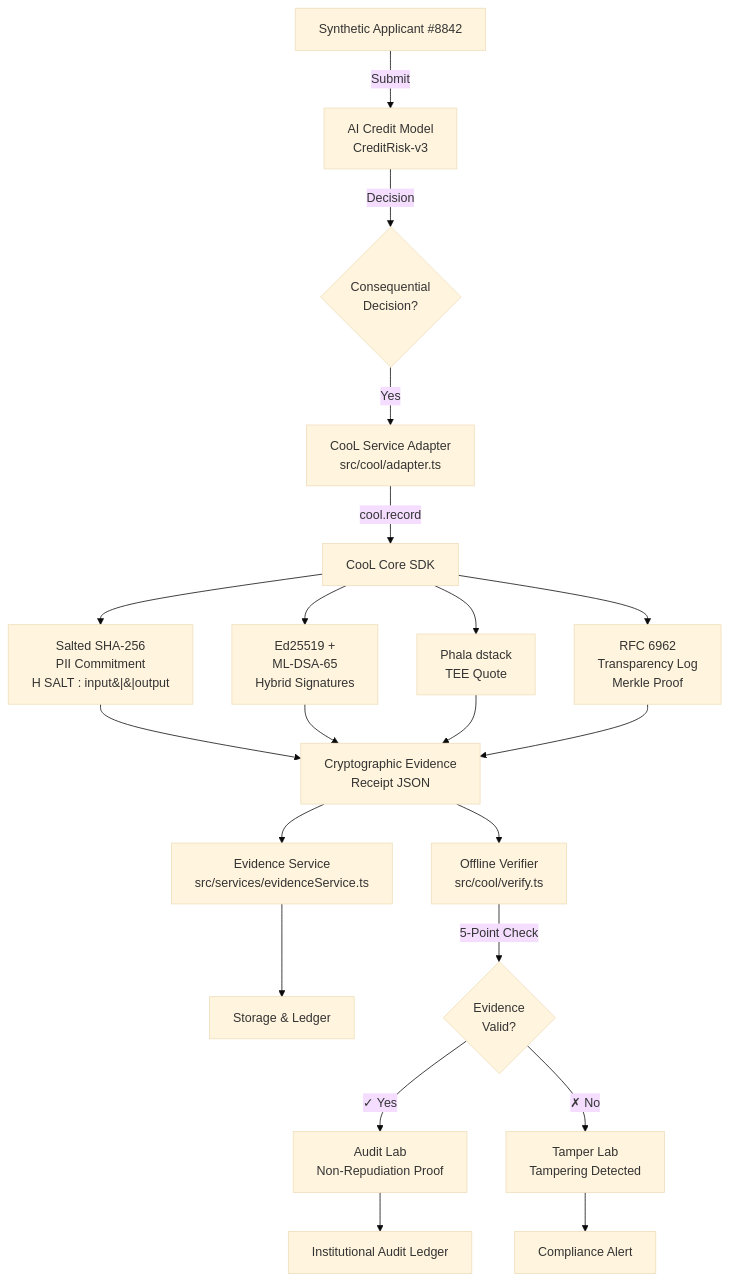
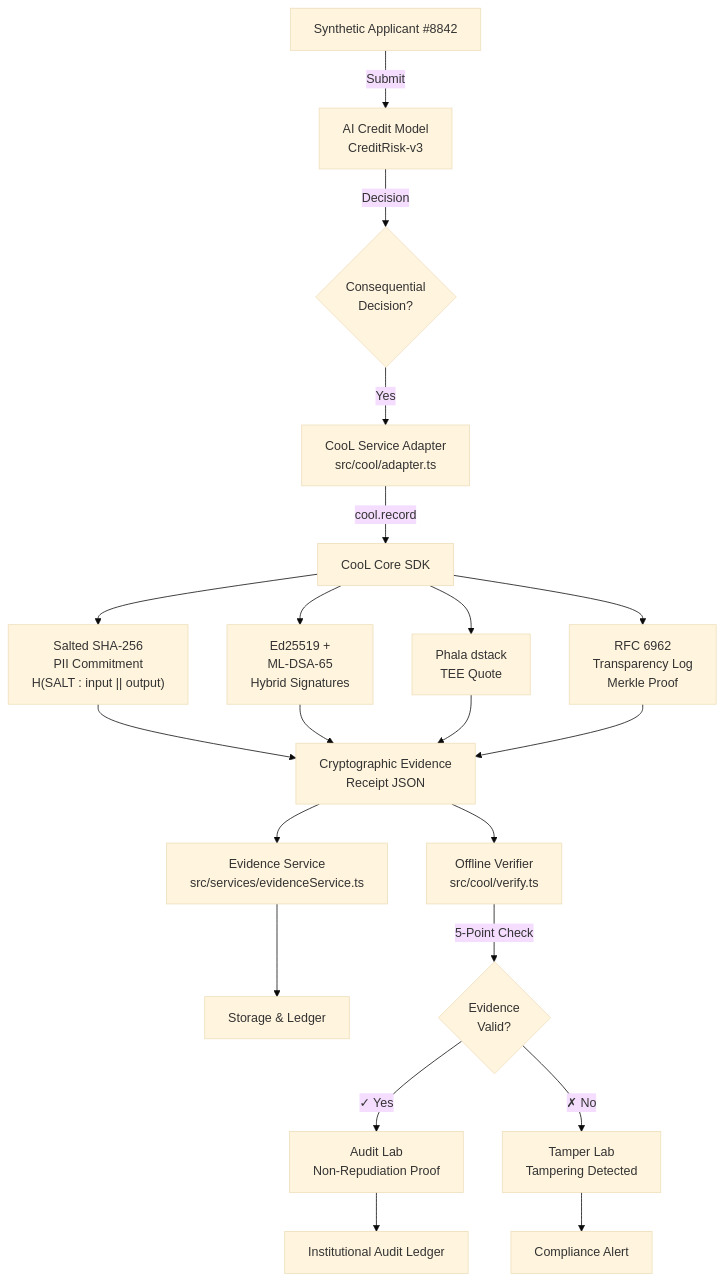
One commit to aadi-learner77/Reverse-Hackathon changed the diagram in README.md. Above: the diagram before and after it, drawn with Mermaid (base theme). The commit also changed other lines of this file, not shown here.

Commit message:
fix: repair broken Mermaid diagram syntax and verification checklist formatting

````diff
--- a/README.md
+++ b/README.md
@@ -297,20 +297,20 @@
 ```mermaid
 graph TD
     A[Synthetic Applicant #8842] -->|Submit| B[AI Credit Model<br/>CreditRisk-v3]
     B -->|Decision| C{Consequential<br/>Decision?}
     C -->|Yes| D[CooL Service Adapter<br/>src/cool/adapter.ts]
     D -->|cool.record| E[CooL Core SDK]
-    E --> F[Salted SHA-256<br/>PII Commitment<br/>H SALT : input&#124;&#124;output]
+    E --> F["Salted SHA-256<br/>PII Commitment<br/>H(SALT : input || output)"]
     E --> G[Ed25519 +<br/>ML-DSA-65<br/>Hybrid Signatures]
     E --> H[Phala dstack<br/>TEE Quote]
     E --> I[RFC 6962<br/>Transparency Log<br/>Merkle Proof]
     F & G & H & I --> J[Cryptographic Evidence<br/>Receipt JSON]
     J --> K[Evidence Service<br/>src/services/evidenceService.ts]
     K --> L[Storage & Ledger]
     J --> M[Offline Verifier<br/>src/cool/verify.ts]
     M -->|5-Point Check| N{Evidence<br/>Valid?}
     N -->|✓ Yes| O[Audit Lab<br/>Non-Repudiation Proof]
     N -->|✗ No| P[Tamper Lab<br/>Tampering Detected]
     O --> Q[Institutional Audit Ledger]
     P --> R[Compliance Alert]
 ```
````
